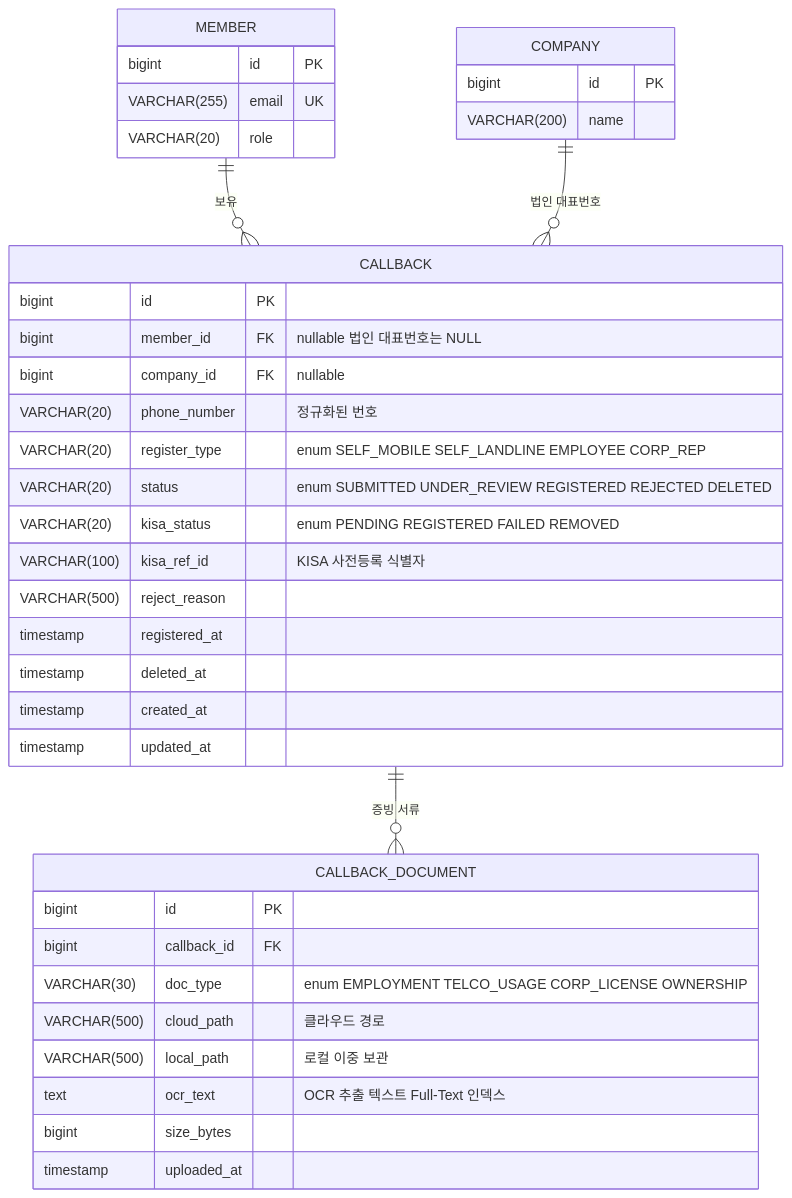
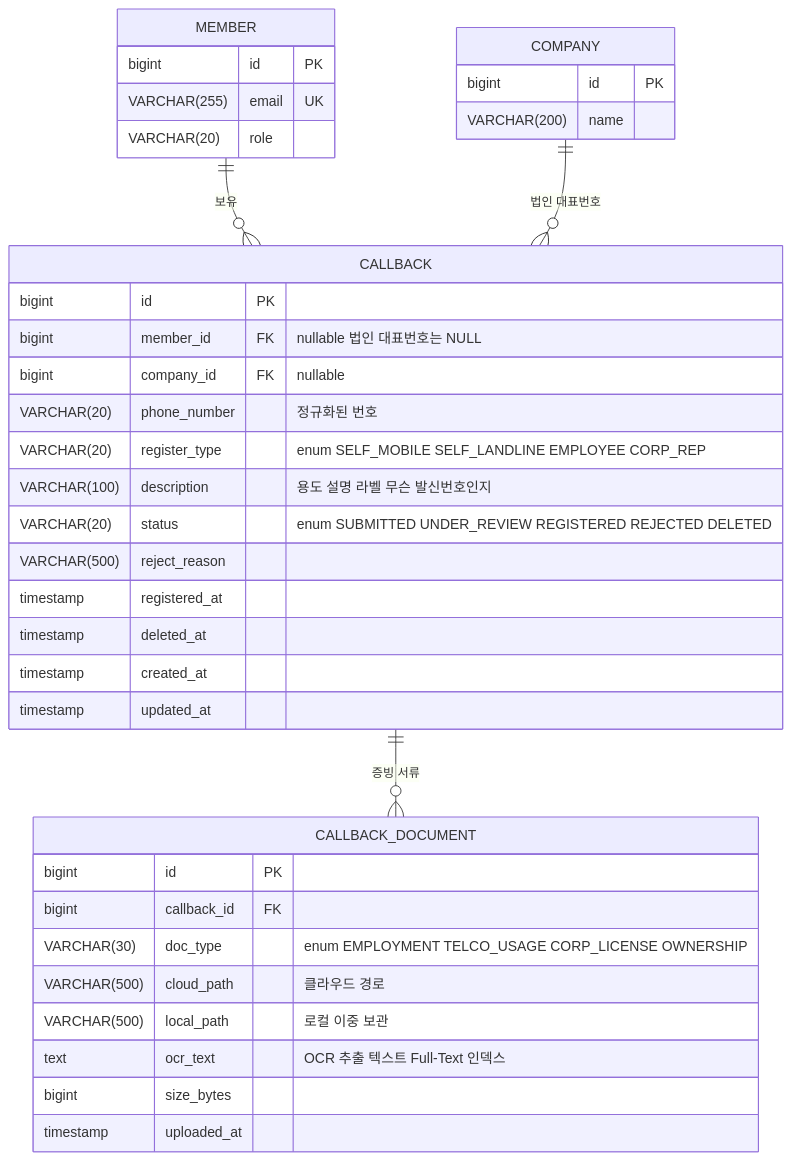
The seventh of 26 diagrams in pm/05_DATA_MODEL.md (beanteacher/web-wisecan-unified), drawn with Mermaid before and after one commit. The commit also changed other lines of this file and 17 other files, not shown here.

````diff
--- a/pm/05_DATA_MODEL.md
+++ b/pm/05_DATA_MODEL.md
@@ -481,41 +543,40 @@
 ```mermaid
 %%{init: {"themeVariables": {"fontSize": "16px"}}}%%
 erDiagram
   MEMBER {
     bigint id PK
     VARCHAR(255) email UK
     VARCHAR(20) role
   }
   COMPANY {
     bigint id PK
     VARCHAR(200) name
   }
   CALLBACK {
     bigint id PK
     bigint member_id FK "nullable 법인 대표번호는 NULL"
     bigint company_id FK "nullable"
     VARCHAR(20) phone_number "정규화된 번호"
     VARCHAR(20) register_type "enum SELF_MOBILE SELF_LANDLINE EMPLOYEE CORP_REP"
+    VARCHAR(100) description "용도 설명 라벨 무슨 발신번호인지"
     VARCHAR(20) status "enum SUBMITTED UNDER_REVIEW REGISTERED REJECTED DELETED"
-    VARCHAR(20) kisa_status "enum PENDING REGISTERED FAILED REMOVED"
-    VARCHAR(100) kisa_ref_id "KISA 사전등록 식별자"
     VARCHAR(500) reject_reason
     timestamp registered_at
     timestamp deleted_at
     timestamp created_at
     timestamp updated_at
   }
   CALLBACK_DOCUMENT {
     bigint id PK
     bigint callback_id FK
     VARCHAR(30) doc_type "enum EMPLOYMENT TELCO_USAGE CORP_LICENSE OWNERSHIP"
     VARCHAR(500) cloud_path "클라우드 경로"
     VARCHAR(500) local_path "로컬 이중 보관"
     text ocr_text "OCR 추출 텍스트 Full-Text 인덱스"
     bigint size_bytes
     timestamp uploaded_at
   }
   MEMBER ||--o{ CALLBACK : "보유"
   COMPANY ||--o{ CALLBACK : "법인 대표번호"
   CALLBACK ||--o{ CALLBACK_DOCUMENT : "증빙 서류"
 ```
````
